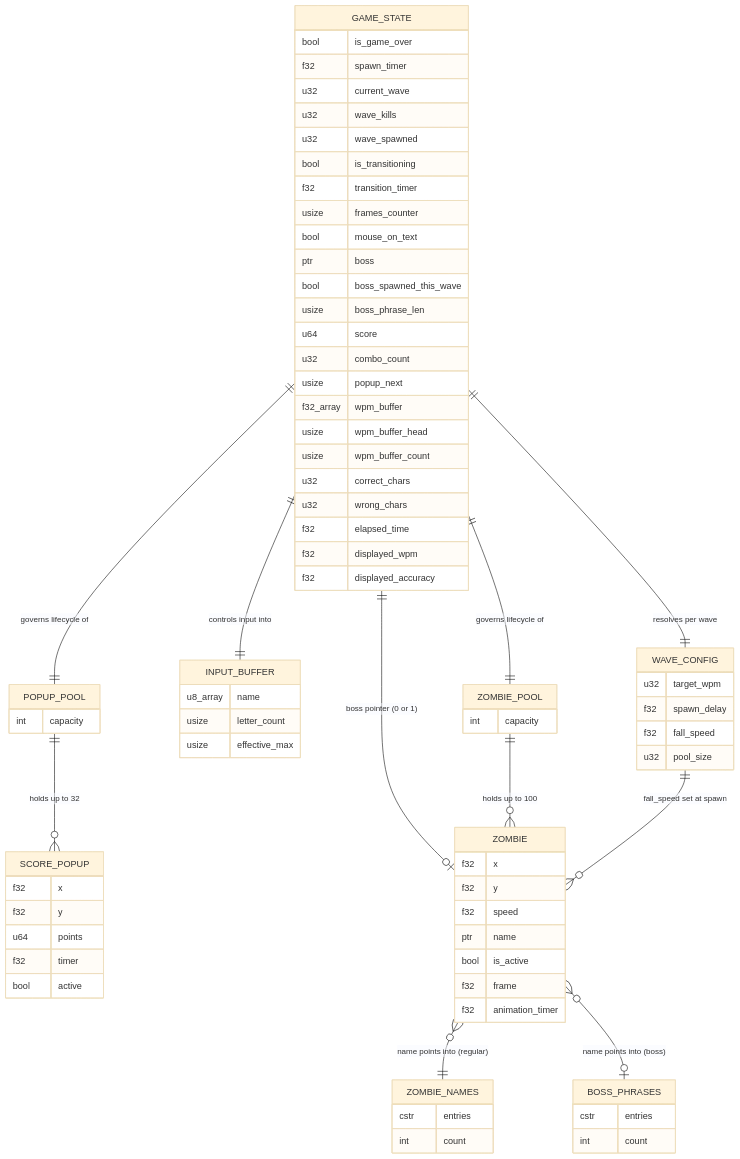
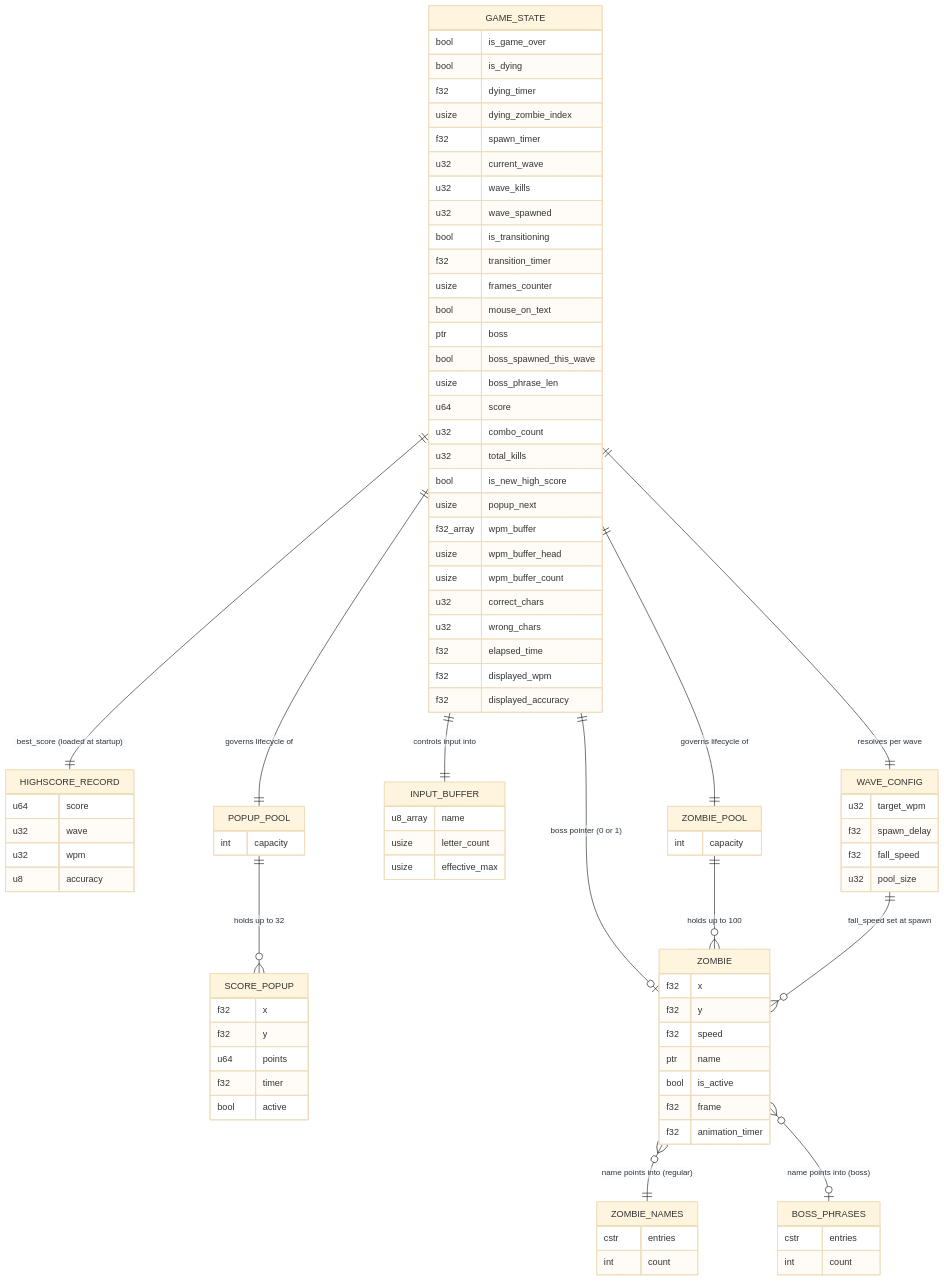
The first of 3 diagrams in specs/specifications/data-model.md (bfernandez31/death-note), drawn with Mermaid (base theme) before and after one commit. The commit also changed other lines of this file and 3 other files, not shown here.

```diff
--- a/specs/specifications/data-model.md
+++ b/specs/specifications/data-model.md
@@ -47,6 +47,9 @@
 erDiagram
     GAME_STATE {
         bool is_game_over
+        bool is_dying
+        f32 dying_timer
+        usize dying_zombie_index
         f32 spawn_timer
         u32 current_wave
         u32 wave_kills
@@ -60,6 +63,8 @@
         usize boss_phrase_len
         u64 score
         u32 combo_count
+        u32 total_kills
+        bool is_new_high_score
         usize popup_next
         f32_array wpm_buffer
         usize wpm_buffer_head
@@ -69,6 +74,13 @@
         f32 elapsed_time
         f32 displayed_wpm
         f32 displayed_accuracy
+    }
+
+    HIGHSCORE_RECORD {
+        u64 score
+        u32 wave
+        u32 wpm
+        u8 accuracy
     }
 
     SCORE_POPUP {
@@ -125,6 +137,7 @@
     GAME_STATE ||--|| WAVE_CONFIG : "resolves per wave"
     GAME_STATE ||--o| ZOMBIE : "boss pointer (0 or 1)"
     GAME_STATE ||--|| POPUP_POOL : "governs lifecycle of"
+    GAME_STATE ||--|| HIGHSCORE_RECORD : "best_score (loaded at startup)"
     ZOMBIE_POOL ||--o{ ZOMBIE : "holds up to 100"
     ZOMBIE }o--|| ZOMBIE_NAMES : "name points into (regular)"
     ZOMBIE }o--o| BOSS_PHRASES : "name points into (boss)"
```
